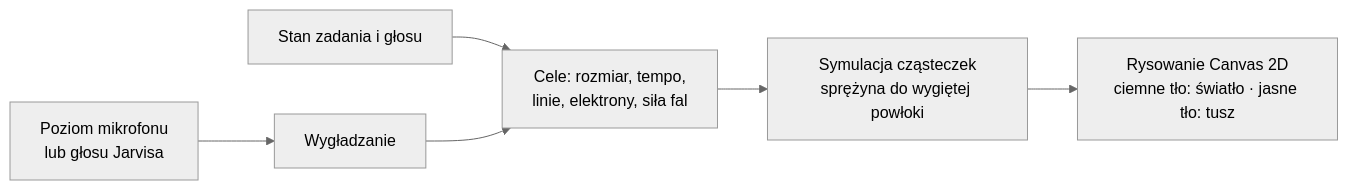
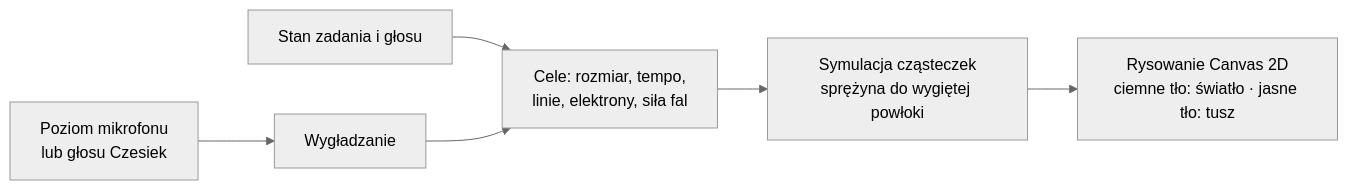
One commit to aievolutionpl/ai-evolution-jarvis changed the fifth of 14 diagrams in README.md. Above: the diagram before and after it, drawn with Mermaid (neutral theme). The commit also changed other lines of this file, not shown here.

Commit message:
docs(readme): narracja Agent Czesiek + szybki start na gorze, dlugie sekcje w dol (#44)

````diff
--- a/README.md
+++ b/README.md
@@ -328,8 +345,8 @@
 ```mermaid
 flowchart LR
-    MIC["Poziom mikrofonu<br/>lub głosu Jarvisa"] --> EASE["Wygładzanie"]
+    MIC["Poziom mikrofonu<br/>lub głosu Czesiek"] --> EASE["Wygładzanie"]
     STATE["Stan zadania i głosu"] --> TARGET["Cele: rozmiar, tempo,<br/>linie, elektrony, siła fal"]
     EASE --> TARGET
     TARGET --> SIM["Symulacja cząsteczek<br/>sprężyna do wygiętej powłoki"]
     SIM --> DRAW["Rysowanie Canvas 2D<br/>ciemne tło: światło · jasne tło: tusz"]
 ```
````
